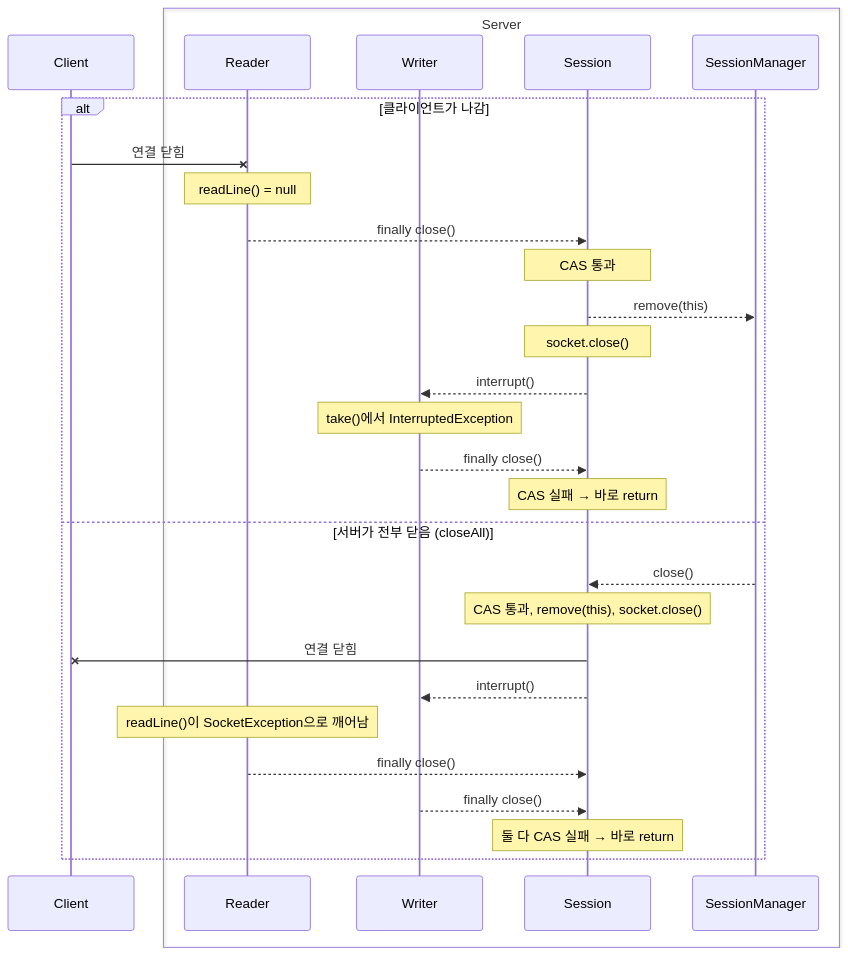
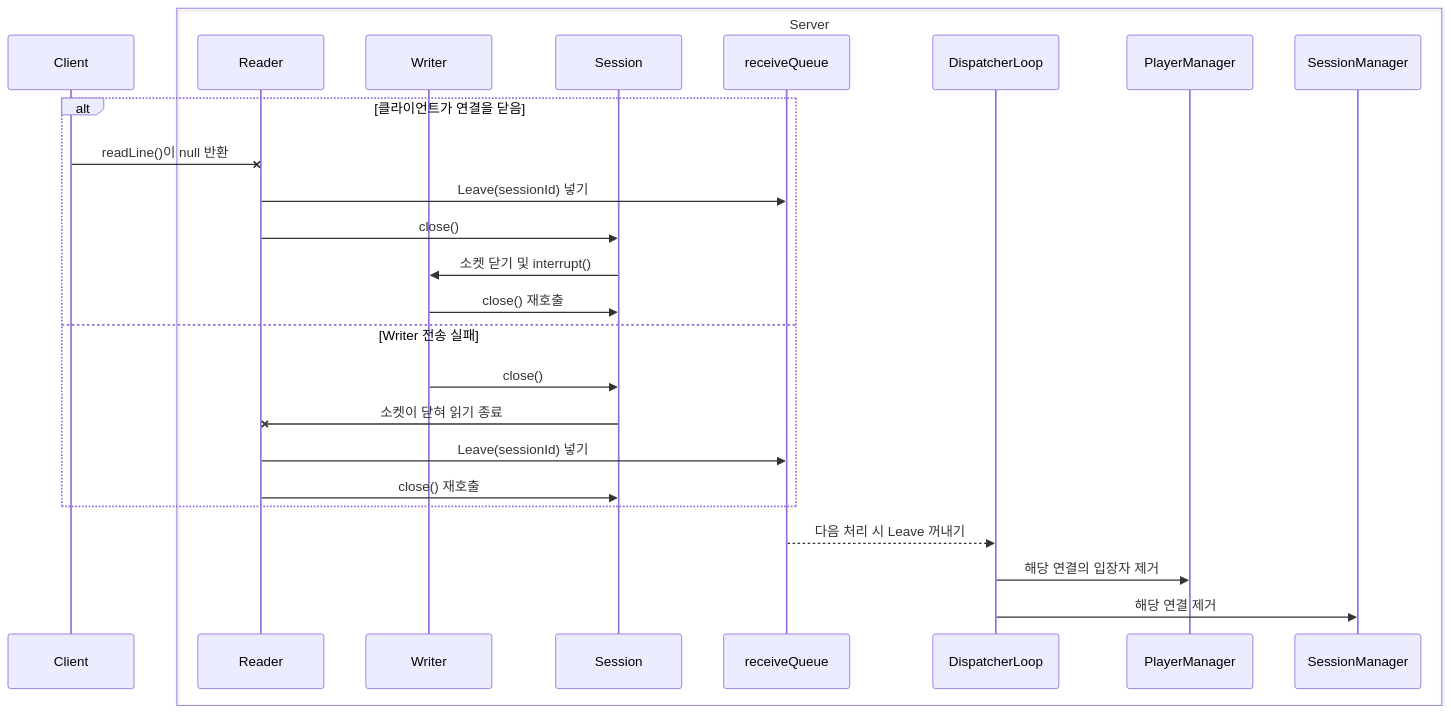
Before and after one commit to networkMinigame/minigame: the first of 2 diagrams in docs/thread-diagram/v1/session.md, drawn with Mermaid. The commit also changed other lines of this file and 22 other files, not shown here.

````diff
--- a/docs/thread-diagram/v1/session.md
+++ b/docs/thread-diagram/v1/session.md
@@ -16,32 +16,30 @@
 ```mermaid
 sequenceDiagram
     participant C as Client
     box Server
         participant R as Reader
         participant W as Writer
         participant S as Session
-        participant M as SessionManager
+        participant Q as receiveQueue
+        participant L as DispatcherLoop
+        participant M as PlayerManager
+        participant SM as SessionManager
     end
 
-    alt 클라이언트가 나감
-        C-xR: 연결 닫힘
-        Note over R: readLine() = null
-        R-->>S: finally close()
-        Note over S: CAS 통과
-        S-->>M: remove(this)
-        Note over S: socket.close()
-        S-->>W: interrupt()
-        Note over W: take()에서 InterruptedException
-        W-->>S: finally close()
-        Note over S: CAS 실패 → 바로 return
-    else 서버가 전부 닫음 (closeAll)
-        M-->>S: close()
-        Note over S: CAS 통과, remove(this), socket.close()
-        S-xC: 연결 닫힘
-        S-->>W: interrupt()
-        Note over R: readLine()이 SocketException으로 깨어남
-        R-->>S: finally close()
-        W-->>S: finally close()
-        Note over S: 둘 다 CAS 실패 → 바로 return
+    alt 클라이언트가 연결을 닫음
+        C-xR: readLine()이 null 반환
+        R->>Q: Leave(sessionId) 넣기
+        R->>S: close()
+        S->>W: 소켓 닫기 및 interrupt()
+        W->>S: close() 재호출
+    else Writer 전송 실패
+        W->>S: close()
+        S-xR: 소켓이 닫혀 읽기 종료
+        R->>Q: Leave(sessionId) 넣기
+        R->>S: close() 재호출
     end
+
+    Q-->>L: 다음 처리 시 Leave 꺼내기
+    L->>M: 해당 연결의 입장자 제거
+    L->>SM: 해당 연결 제거
 ```
````
